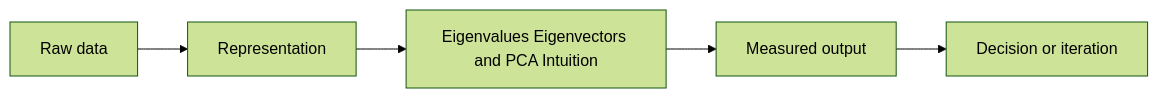
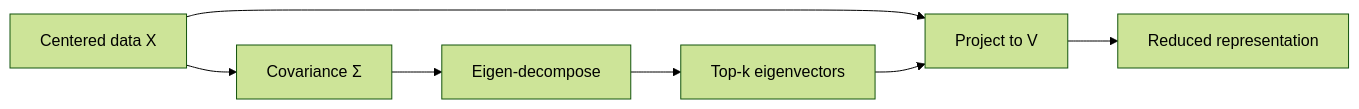
One commit to Icon1cc/Machine-Learning changed the diagram in math/05-eigenvalues-eigenvectors-and-pca-intuition.md. Above: the diagram before and after it, drawn with Mermaid (forest theme). The commit also changed other lines of this file and 264 other files, not shown here.

````diff
--- a/math/05-eigenvalues-eigenvectors-and-pca-intuition.md
+++ b/math/05-eigenvalues-eigenvectors-and-pca-intuition.md
@@ -92,7 +56,9 @@
 ```mermaid
 flowchart LR
-    A[Raw data] --> B[Representation]
-    B --> C[Eigenvalues Eigenvectors and PCA Intuition]
-    C --> D[Measured output]
-    D --> E[Decision or iteration]
+    X[Centered data X] --> C[Covariance Σ]
+    C --> E[Eigen-decompose]
+    E --> V[Top-k eigenvectors]
+    X --> P[Project to V]
+    V --> P
+    P --> R[Reduced representation]
 ```
````
